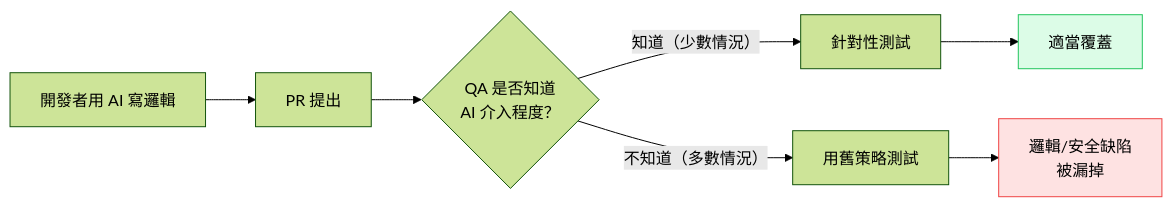
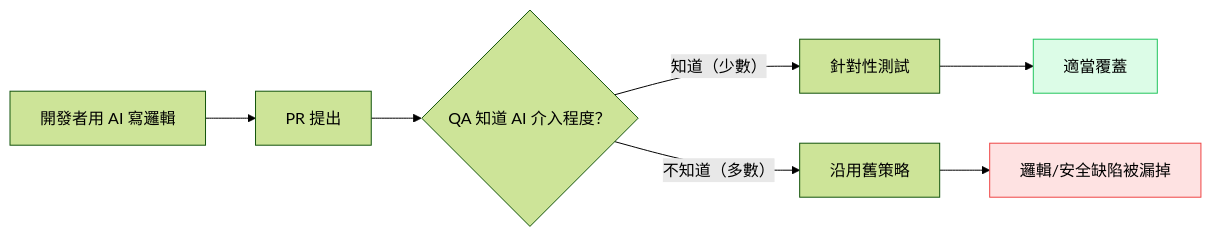
The diagram in docs/drafts/testing-ai-generated-code.md (jimmyhong065/jimmy-hong-portfolio), drawn with Mermaid (forest theme) before and after one commit. The commit also changed 16 other files, not shown here.

````diff
--- a/docs/drafts/testing-ai-generated-code.md
+++ b/docs/drafts/testing-ai-generated-code.md
@@ -86,12 +86,11 @@
 ```mermaid
 flowchart LR
     A["開發者用 AI 寫邏輯"] --> B["PR 提出"]
-    B --> C{"QA 是否知道\nAI 介入程度？"}
-    C -- "知道（少數情況）" --> D["針對性測試"]
-    C -- "不知道（多數情況）" --> E["用舊策略測試"]
-    E --> F["邏輯/安全缺陷\n被漏掉"]
+    B --> C{"QA 知道 AI 介入程度？"}
+    C -- "知道（少數）" --> D["針對性測試"]
+    C -- "不知道（多數）" --> E["沿用舊策略"]
+    E --> F["邏輯/安全缺陷被漏掉"]
     D --> G["適當覆蓋"]
-
     style F fill:#fee2e2,stroke:#ef4444
     style G fill:#dcfce7,stroke:#22c55e
 ```
````
